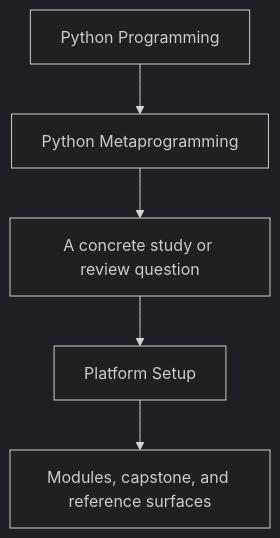
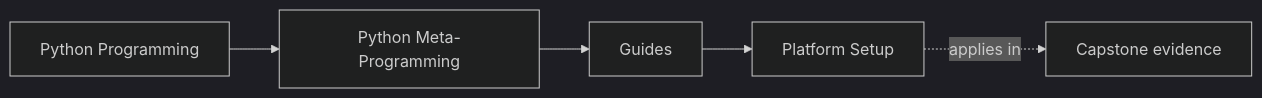
One commit to bijux/bijux-masterclass changed the first of 2 diagrams in programs/python-programming/python-meta-programming/course-book/guides/platform-setup.md. Above: the diagram before and after it, drawn with Mermaid (dark theme). The commit also changed other lines of this file and 55 other files, not shown here.

Commit message:
docs(python-meta-programming): map runtime foundations and inspection routes

````diff
--- a/programs/python-programming/python-meta-programming/course-book/guides/platform-setup.md
+++ b/programs/python-programming/python-meta-programming/course-book/guides/platform-setup.md
@@ -6,7 +6,11 @@
 ```mermaid
-flowchart TD
-  family["Python Programming"] --> program["Python Metaprogramming"]
-  program --> pressure["A concrete study or review question"]
-  pressure --> guide["Platform Setup"]
-  guide --> next["Modules, capstone, and reference surfaces"]
+graph LR
+  family["Python Programming"]
+  program["Python Meta-Programming"]
+  section["Guides"]
+  page["Platform Setup"]
+  capstone["Capstone evidence"]
+
+  family --> program --> section --> page
+  page -.applies in.-> capstone
 ```
````
